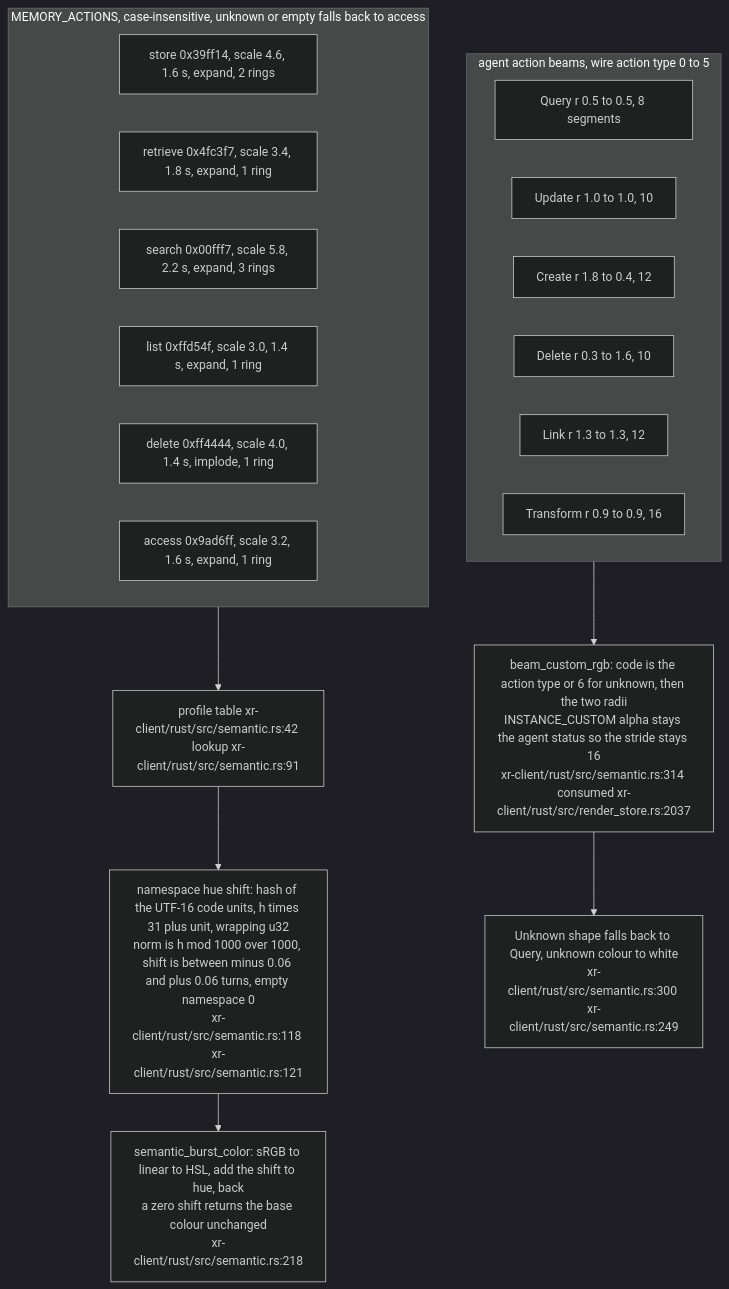
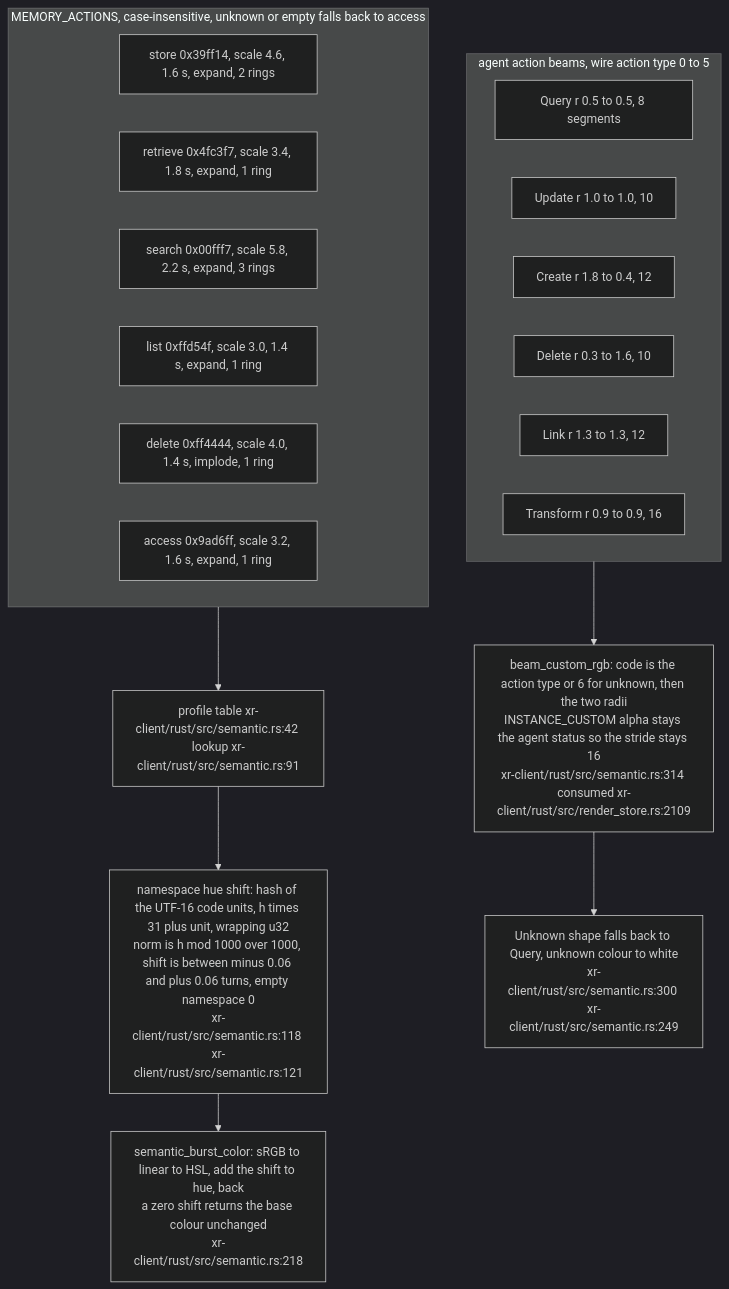
One commit to DreamLab-AI/VisionFlow changed diagram 19 of 19 in docs/diagrams/visionclaw/38-xr-memory-cloud-internals.md. Above: the diagram before and after it, drawn with Mermaid (dark theme). The commit also changed other lines of this file and 151 other files, not shown here.

````diff
--- a/docs/diagrams/visionclaw/38-xr-memory-cloud-internals.md
+++ b/docs/diagrams/visionclaw/38-xr-memory-cloud-internals.md
@@ -710,27 +710,27 @@
 ```mermaid
 flowchart TB
     subgraph verbs["MEMORY_ACTIONS, case-insensitive, unknown or empty falls back to access"]
         V0["store 0x39ff14, scale 4.6, 1.6 s, expand, 2 rings"]
         V1["retrieve 0x4fc3f7, scale 3.4, 1.8 s, expand, 1 ring"]
         V2["search 0x00fff7, scale 5.8, 2.2 s, expand, 3 rings"]
         V3["list 0xffd54f, scale 3.0, 1.4 s, expand, 1 ring"]
         V4["delete 0xff4444, scale 4.0, 1.4 s, implode, 1 ring"]
         V5["access 0x9ad6ff, scale 3.2, 1.6 s, expand, 1 ring"]
     end
     SRC["profile table xr-client/rust/src/semantic.rs:42 lookup xr-client/rust/src/semantic.rs:91"]
     HUE["namespace hue shift: hash of the UTF-16 code units, h times 31 plus unit, wrapping u32<br/>norm is h mod 1000 over 1000, shift is between minus 0.06 and plus 0.06 turns, empty namespace 0<br/>xr-client/rust/src/semantic.rs:118 xr-client/rust/src/semantic.rs:121"]
     COL["semantic_burst_color: sRGB to linear to HSL, add the shift to hue, back<br/>a zero shift returns the base colour unchanged<br/>xr-client/rust/src/semantic.rs:218"]
     subgraph beams["agent action beams, wire action type 0 to 5"]
         B0["Query r 0.5 to 0.5, 8 segments"]
         B1["Update r 1.0 to 1.0, 10"]
         B2["Create r 1.8 to 0.4, 12"]
         B3["Delete r 0.3 to 1.6, 10"]
         B4["Link r 1.3 to 1.3, 12"]
         B5["Transform r 0.9 to 0.9, 16"]
     end
-    BEAM["beam_custom_rgb: code is the action type or 6 for unknown, then the two radii<br/>INSTANCE_CUSTOM alpha stays the agent status so the stride stays 16<br/>xr-client/rust/src/semantic.rs:314 consumed xr-client/rust/src/render_store.rs:2037"]
+    BEAM["beam_custom_rgb: code is the action type or 6 for unknown, then the two radii<br/>INSTANCE_CUSTOM alpha stays the agent status so the stride stays 16<br/>xr-client/rust/src/semantic.rs:314 consumed xr-client/rust/src/render_store.rs:2109"]
     verbs --> SRC --> HUE --> COL
     beams --> BEAM
     N1["Unknown shape falls back to Query, unknown colour to white<br/>xr-client/rust/src/semantic.rs:300 xr-client/rust/src/semantic.rs:249"]
     BEAM --> N1
 ```
````
